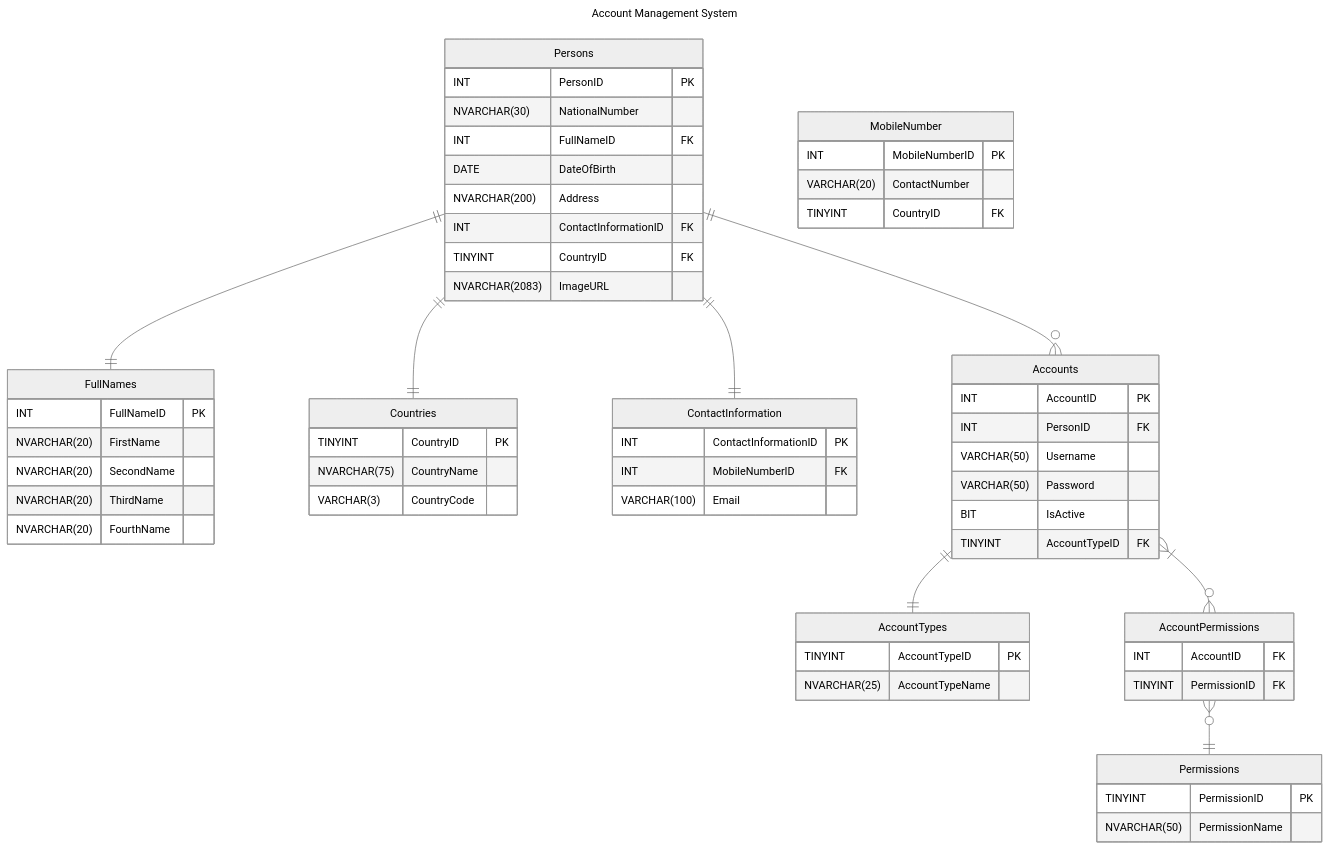
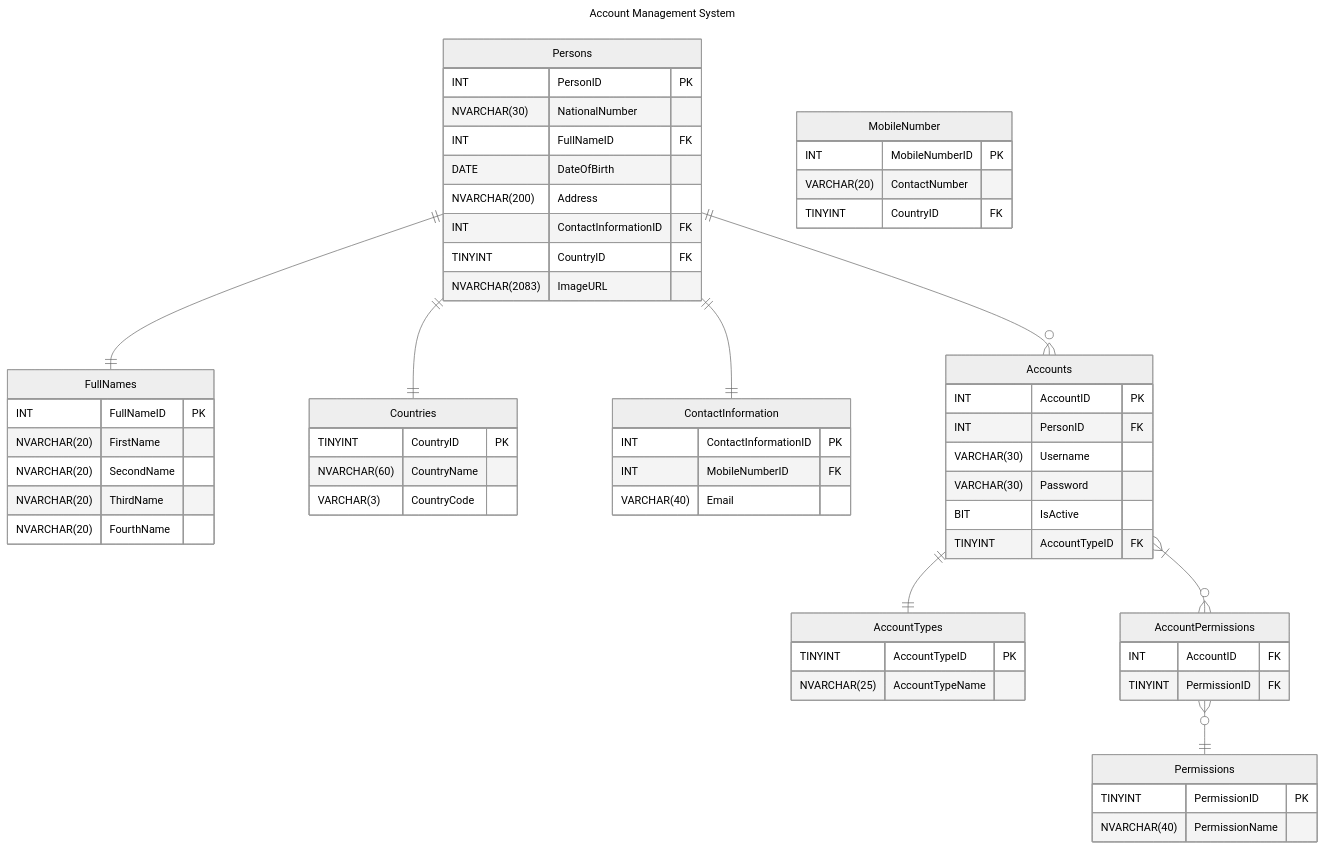
Before and after one commit to M4MD24/Full-Real-Project-by-Programming-Advices: the diagram in RelationalSchemasAndDatabases/AccountManagementSystem/AccountManagementSystem.mmd, drawn with Mermaid (neutral theme). The commit also changed 8 other files, not shown here.

Commit message:
Enhance Create New Account Form and Enhance Relational Schemas and Databases

```diff
--- a/RelationalSchemasAndDatabases/AccountManagementSystem/AccountManagementSystem.mmd
+++ b/RelationalSchemasAndDatabases/AccountManagementSystem/AccountManagementSystem.mmd
@@ -1,64 +1,64 @@
 ---
 title: Account Management System
 ---
 erDiagram
     Persons {
         INT PersonID PK
         NVARCHAR(30) NationalNumber
         INT FullNameID FK
         DATE DateOfBirth
         NVARCHAR(200) Address
         INT ContactInformationID FK
         TINYINT CountryID FK
         NVARCHAR(2083) ImageURL
     }
     FullNames {
         INT FullNameID PK
         NVARCHAR(20) FirstName
         NVARCHAR(20) SecondName
         NVARCHAR(20) ThirdName
         NVARCHAR(20) FourthName
     }
     Countries {
         TINYINT CountryID PK
-        NVARCHAR(75) CountryName
+        NVARCHAR(60) CountryName
         VARCHAR(3) CountryCode
     }
     MobileNumber {
         INT MobileNumberID PK
         VARCHAR(20) ContactNumber
         TINYINT CountryID FK
     }
     ContactInformation {
         INT ContactInformationID PK
         INT MobileNumberID FK
-        VARCHAR(100) Email
+        VARCHAR(40) Email
     }
     AccountTypes {
         TINYINT AccountTypeID PK
         NVARCHAR(25) AccountTypeName
     }
     Accounts {
         INT AccountID PK
         INT PersonID FK
-        VARCHAR(50) Username
-        VARCHAR(50) Password
+        VARCHAR(30) Username
+        VARCHAR(30) Password
         BIT IsActive
         TINYINT AccountTypeID FK
     }
     AccountPermissions {
         INT AccountID FK
         TINYINT PermissionID FK
     }
     Permissions {
         TINYINT PermissionID PK
-        NVARCHAR(50) PermissionName
+        NVARCHAR(40) PermissionName
     }
 
     Persons ||--|| FullNames: ""
     Persons ||--|| Countries: ""
     Persons ||--|| ContactInformation: ""
     Persons ||--o{ Accounts: ""
     Accounts ||--|| AccountTypes: ""
     Accounts }|--o{ AccountPermissions: ""
     AccountPermissions }o--|| Permissions: ""
```
